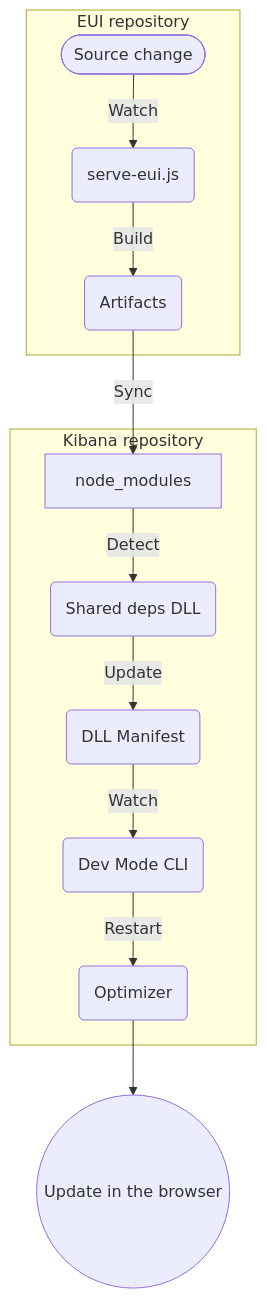
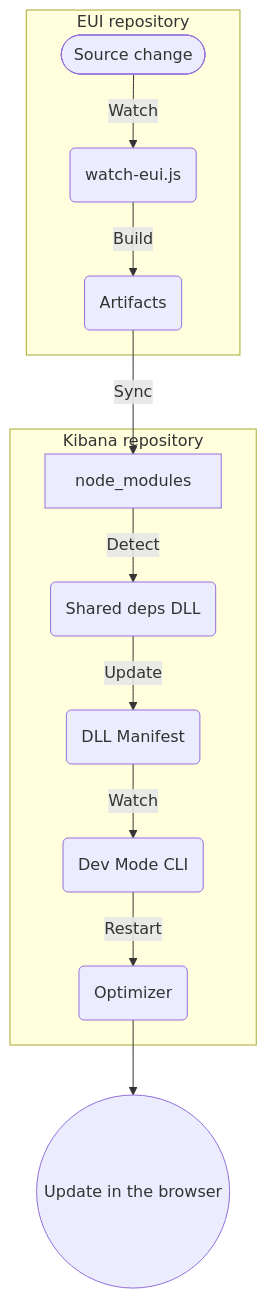
The diagram in wiki/contributing-to-eui/developing/developing-in-kibana.md (elastic/eui), drawn with Mermaid before and after one commit. The commit also changed other lines of this file and 5 other files, not shown here.

Commit message:
chore: rename serve to watch

````diff
--- a/wiki/contributing-to-eui/developing/developing-in-kibana.md
+++ b/wiki/contributing-to-eui/developing/developing-in-kibana.md
@@ -111,20 +111,20 @@
 ```mermaid
 flowchart TD
     %% EUI
     subgraph EUI [EUI repository]
-        Change([Source change]) --> |Watch| Script(serve-eui.js)
+        Change([Source change]) --> |Watch| Script(watch-eui.js)
         Script --> |Build| Artifacts(Artifacts)
     end
 
     Artifacts --> |Sync| NodeModules[node_modules]
 
     %% Kibana
     subgraph Kibana [Kibana repository]
         NodeModules --> |Detect| Webpack(Shared deps DLL)
         Webpack --> |Update| Manifest(DLL Manifest)
         Manifest --> |Watch| CLI(Dev Mode CLI)
         CLI --> |Restart| Optimizer(Optimizer)
     end
 
     Optimizer --> Browser((Update in the browser))
 ```
````
